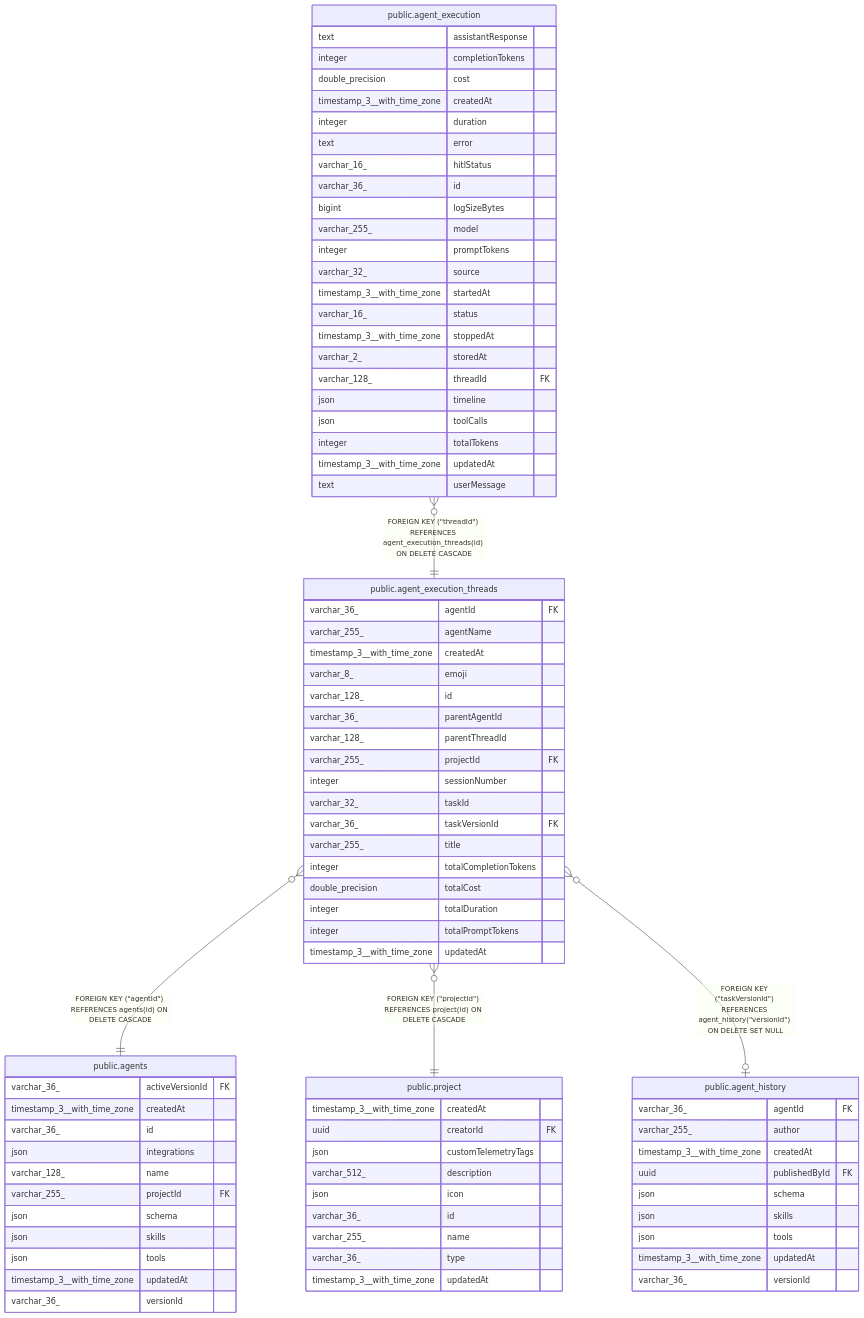
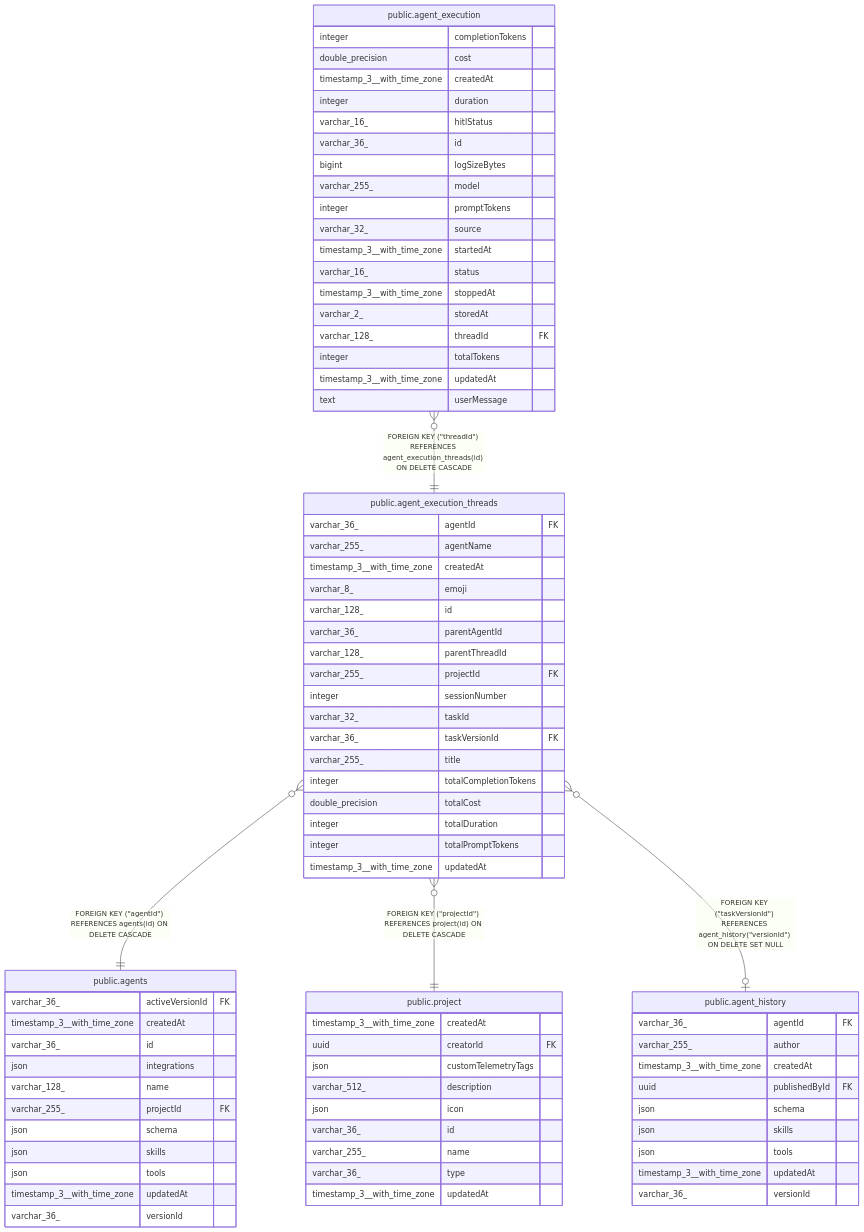
One commit to mayankjain1815-commits/n8n changed the diagram in docs/generated/postgres-schema/public.agent_execution_threads.md. Above: the diagram before and after it, drawn with Mermaid. The commit also changed 30 other files, not shown here.

```diff
--- a/docs/generated/postgres-schema/public.agent_execution_threads.md
+++ b/docs/generated/postgres-schema/public.agent_execution_threads.md
@@ -94,12 +94,10 @@
   varchar_36_ versionId
 }
 "public.agent_execution" {
-  text assistantResponse
   integer completionTokens
   double_precision cost
   timestamp_3__with_time_zone createdAt
   integer duration
-  text error
   varchar_16_ hitlStatus
   varchar_36_ id
   bigint logSizeBytes
@@ -111,8 +109,6 @@
   timestamp_3__with_time_zone stoppedAt
   varchar_2_ storedAt
   varchar_128_ threadId FK
-  json timeline
-  json toolCalls
   integer totalTokens
   timestamp_3__with_time_zone updatedAt
   text userMessage
```
